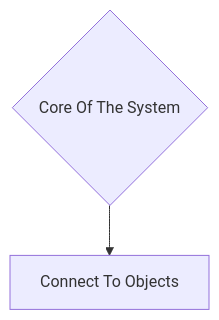
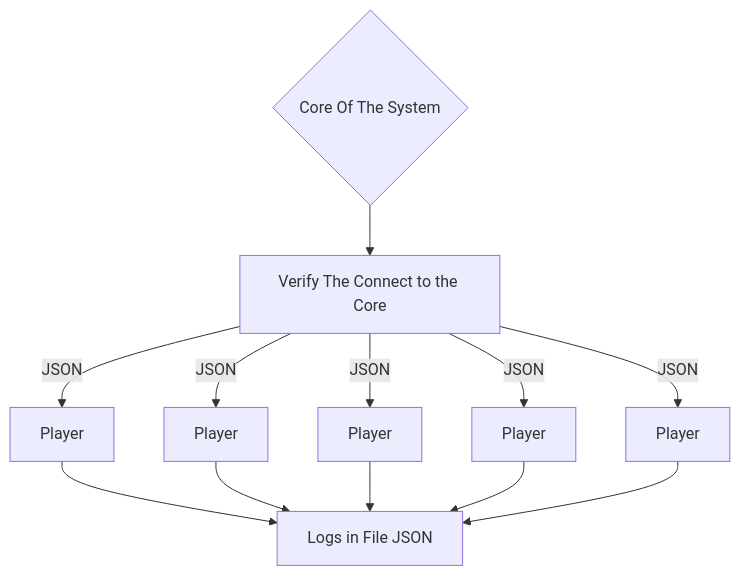
Before and after one commit to Darrenvandervelde/Cardinal-System-Tree: the diagram in README.md, drawn with Mermaid.

````diff
--- a/README.md
+++ b/README.md
@@ -1,9 +1,26 @@
 ```mermaid
 
 flowchart TB
   A{Core Of The System}
-  B[Connect To Objects]
+  AA[Logs in File JSON]
+  B[Verify The Connect to the Core]
+  C[Player]
+  D[Player]
+  E[Player]
+  F[Player]
+  G[Player]
 
   A --> B
+  B -- JSON --> C
+  B -- JSON --> D
+  B -- JSON --> E
+  B -- JSON --> F
+  B -- JSON --> G
 
+
+  C --> AA
+  D --> AA
+  E --> AA
+  F --> AA
+  G --> AA
 ```
````
